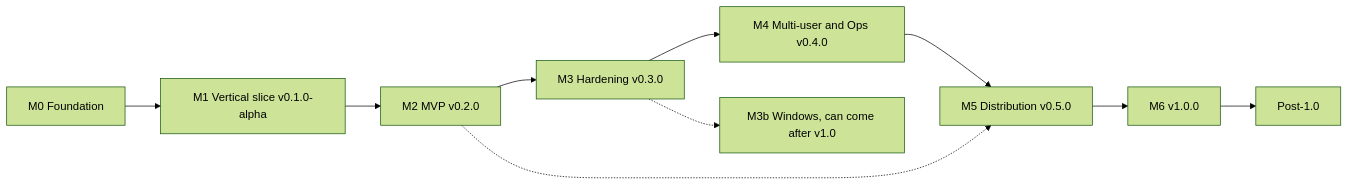
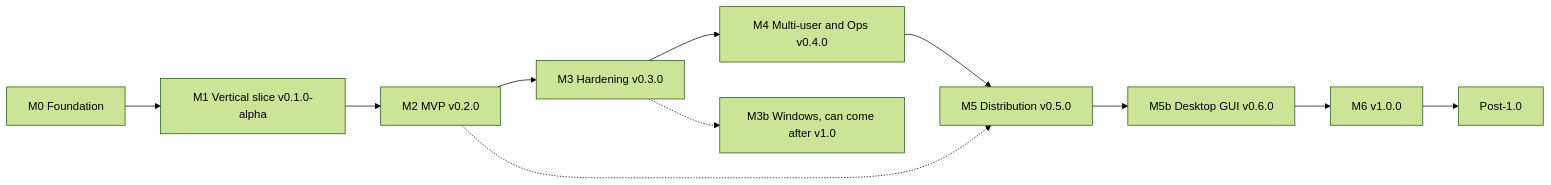
Before and after one commit to o-kolomoiets/Go-SFTP-Server: the second of 2 diagrams in ROADMAP.md, drawn with Mermaid (forest theme). The commit also changed other lines of this file and 1 other file, not shown here.

First line of the commit message:
docs(roadmap): M5b, a desktop GUI

````diff
--- a/ROADMAP.md
+++ b/ROADMAP.md
@@ -344,12 +348,13 @@
 ```mermaid
 flowchart LR
     M0["M0 Foundation"] --> M1["M1 Vertical slice v0.1.0-alpha"]
     M1 --> M2["M2 MVP v0.2.0"]
     M2 --> M3["M3 Hardening v0.3.0"]
     M3 --> M4["M4 Multi-user and Ops v0.4.0"]
     M4 --> M5["M5 Distribution v0.5.0"]
-    M5 --> M6["M6 v1.0.0"]
+    M5 --> M5b["M5b Desktop GUI v0.6.0"]
+    M5b --> M6["M6 v1.0.0"]
     M6 --> P["Post-1.0"]
     M2 -.-> M5
     M3 -.-> M3b["M3b Windows, can come after v1.0"]
 ```
````
